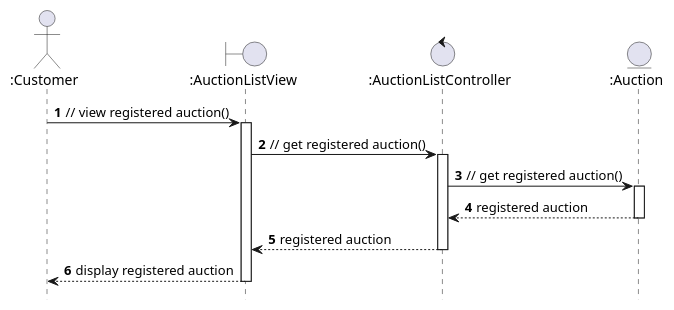
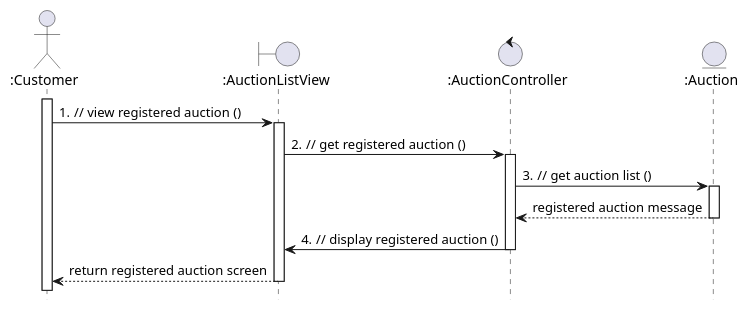
One commit to anhbanlinhle/velocity-exchange changed the diagram in uml/analysis/sequence/view-registered-auction.pu. Above: the diagram before and after it, drawn with PlantUML. The commit also changed 13 other files, not shown here.

Commit message:
doc: update sequence and class analysis diagram new format

```diff
--- a/uml/analysis/sequence/view-registered-auction.pu
+++ b/uml/analysis/sequence/view-registered-auction.pu
@@ -1,17 +1,20 @@
 @startuml view_registered_auction
 hide footbox
 actor ":Customer" as customer
 boundary ":AuctionListView" as view
-control ":AuctionListController" as controller
+control ":AuctionController" as controller
 entity ":Auction" as auction
 
-autonumber
-autoactivate on
-
-customer -> view : // view registered auction()
-view -> controller : // get registered auction()
-controller -> auction : // get registered auction()
-auction --> controller : registered auction
-controller --> view : registered auction
-view --> customer : display registered auction
+autonumber 1 1 "0."
+customer ++
+customer -> view ++: // view registered auction ()
+view -> controller ++ : // get registered auction ()
+controller -> auction ++ : // get auction list ()
+autonumber stop
+auction --> controller -- : registered auction message
+autonumber resume
+controller -> view -- : // display registered auction ()
+autonumber stop
+view --> customer -- : return registered auction screen
+' ref over customer, view, controller, auction : View auction information.
 @enduml
```
